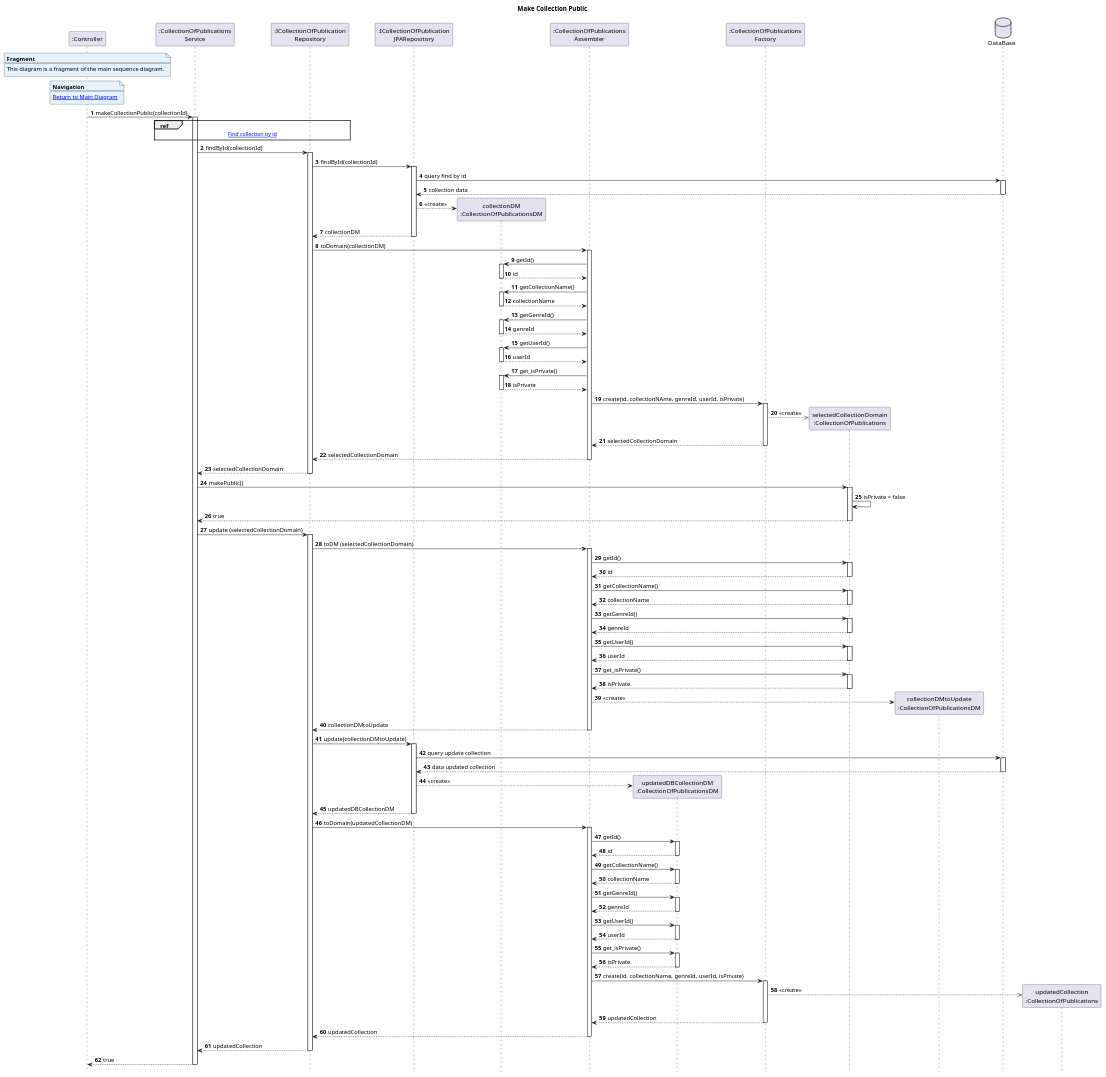
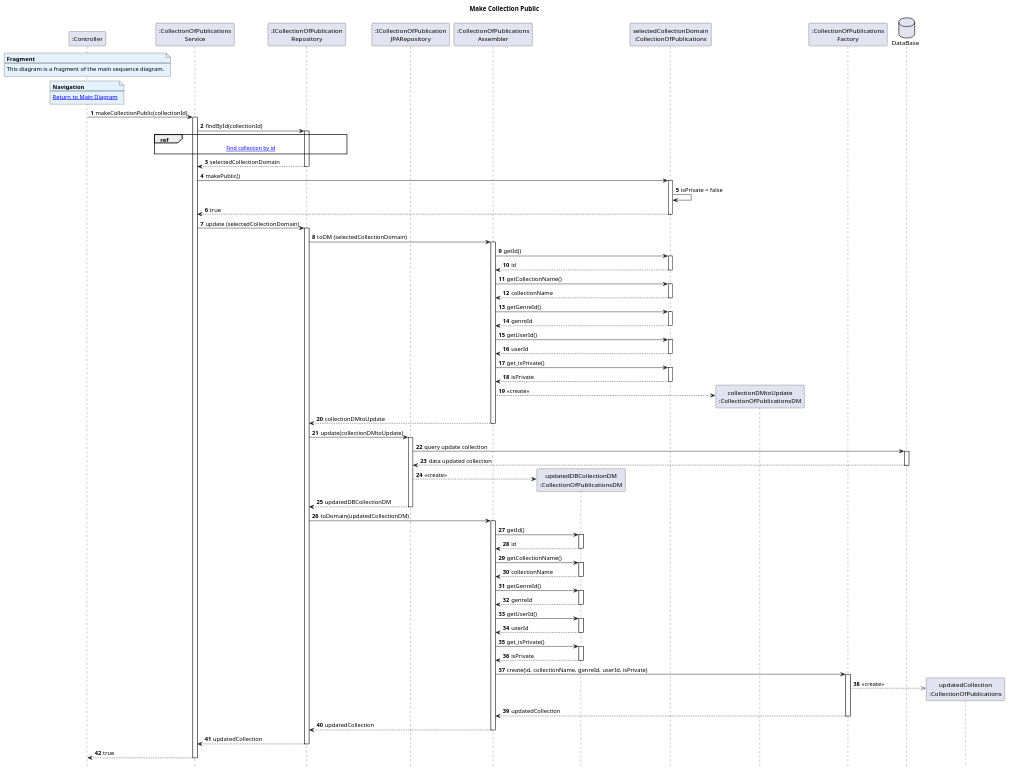
One commit to AndrePereiraGitH/SWitCH-Project-Team_A changed the diagram in Diagrams/SequenceDiagrams/N2/To-publicly-share-collection-of-publications/5.Make-collection-public.puml. Above: the diagram before and after it, drawn with PlantUML. The commit also changed 1 other file, not shown here.

Commit message:
docs #770: update diagram to reflect the implemnetation

```diff
--- a/Diagrams/SequenceDiagrams/N2/To-publicly-share-collection-of-publications/5.Make-collection-public.puml
+++ b/Diagrams/SequenceDiagrams/N2/To-publicly-share-collection-of-publications/5.Make-collection-public.puml
@@ -11,17 +11,18 @@
 participant ":ICollectionOfPublication\nRepository" as CollectionRepository
 participant ":ICollectionOfPublication\nJPARepository" as collectionRepositoryJPA
 
-participant "collectionDM\n:CollectionOfPublicationsDM" as collectionDM
-
 participant ":CollectionOfPublications\nAssembler" as collectionAssembler
 
 participant "updatedDBCollectionDM\n:CollectionOfPublicationsDM" as updatedDBCollectionDM
 
-participant ":CollectionOfPublications\nFactory" as collectionsFactory
 participant "selectedCollectionDomain\n:CollectionOfPublications" as selectedCollectionDomain
 
+participant "collectionDMtoUpdate\n:CollectionOfPublicationsDM" as collectionDMtoUpdate
 
-participant "collectionDMtoUpdate\n:CollectionOfPublicationsDM" as collectionDMtoUpdate
+participant ":CollectionOfPublications\nFactory" as collectionsFactory
+
+
+
 
 database DataBase as db
 
@@ -46,12 +47,16 @@
 ' -----------  FIND COLLECTION BY ID -------------------------
 ' ------------------------------------------------------------
 
+service -> CollectionRepository : findById(collectionId)
+activate CollectionRepository
+
 ref over service, CollectionRepository
 [[4.Find-collection-by-id.puml Find collection by id]]
 end ref
 
-service -> CollectionRepository : findById(collectionId)
-activate CollectionRepository
+
+
+/'
 CollectionRepository -> collectionRepositoryJPA : findById(collectionId)
 activate collectionRepositoryJPA
 collectionRepositoryJPA -> db : query find by id
@@ -101,7 +106,7 @@
 
 collectionAssembler --> CollectionRepository : selectedCollectionDomain
 deactivate collectionAssembler
-
+'/
 CollectionRepository --> service : selectedCollectionDomain
 deactivate CollectionRepository
 
```
